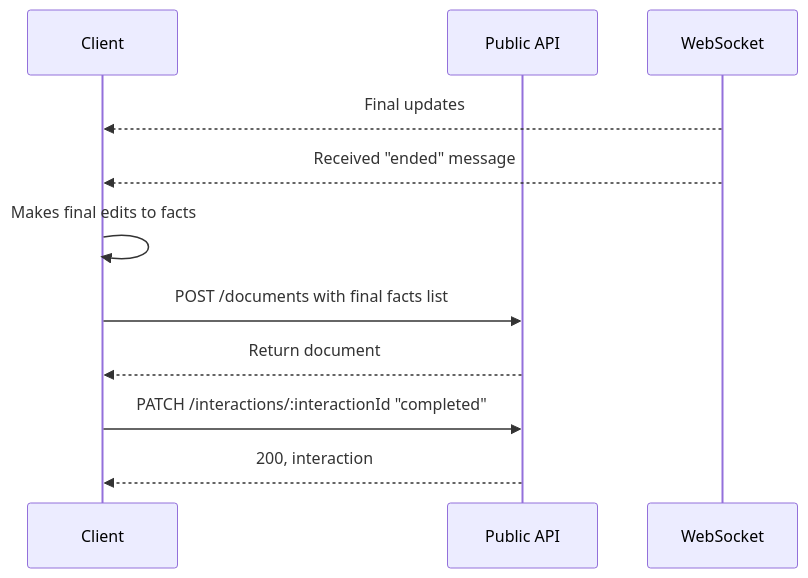
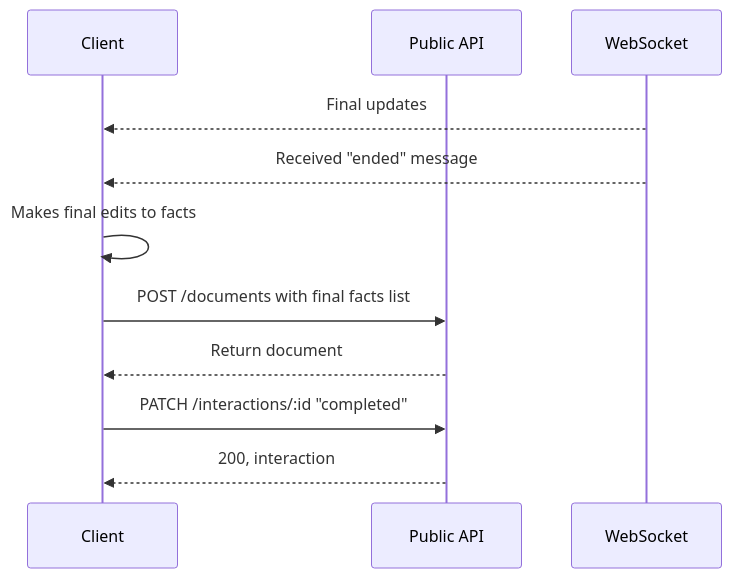
One commit to corticph/docs_corti changed the third of 4 diagrams in get_started/workflows.mdx. Above: the diagram before and after it, drawn with Mermaid. The commit also changed other lines of this file, not shown here.

````diff
--- a/get_started/workflows.mdx
+++ b/get_started/workflows.mdx
@@ -74,16 +73,16 @@
   ```mermaid
         sequenceDiagram
         participant Client
         participant Public API
         participant WebSocket
 
         WebSocket-->>Client: Final updates
         WebSocket-->>Client: Received "ended" message
 
         Client->>Client: Makes final edits to facts
         Client->>Public API: POST /documents with final facts list
         Public API-->>Client: Return document
 
-        Client ->> Public API: PATCH /interactions/:interactionId "completed"
+        Client ->> Public API: PATCH /interactions/:id "completed"
         Public API -->> Client: 200, interaction
     ```
````
